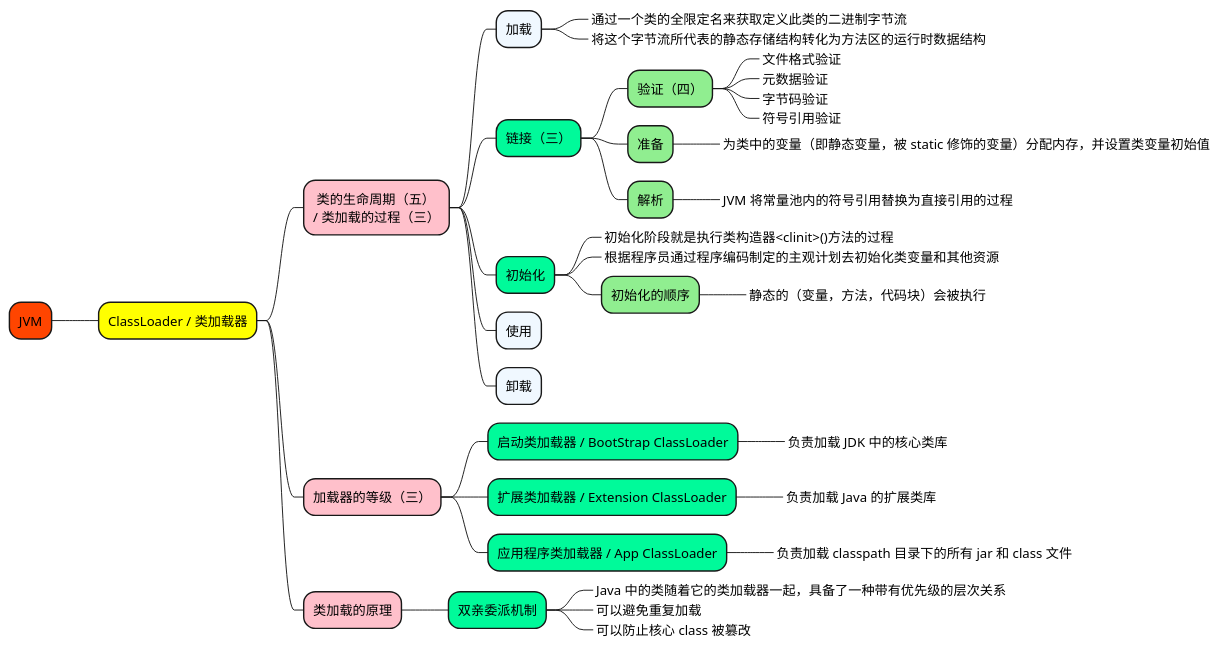
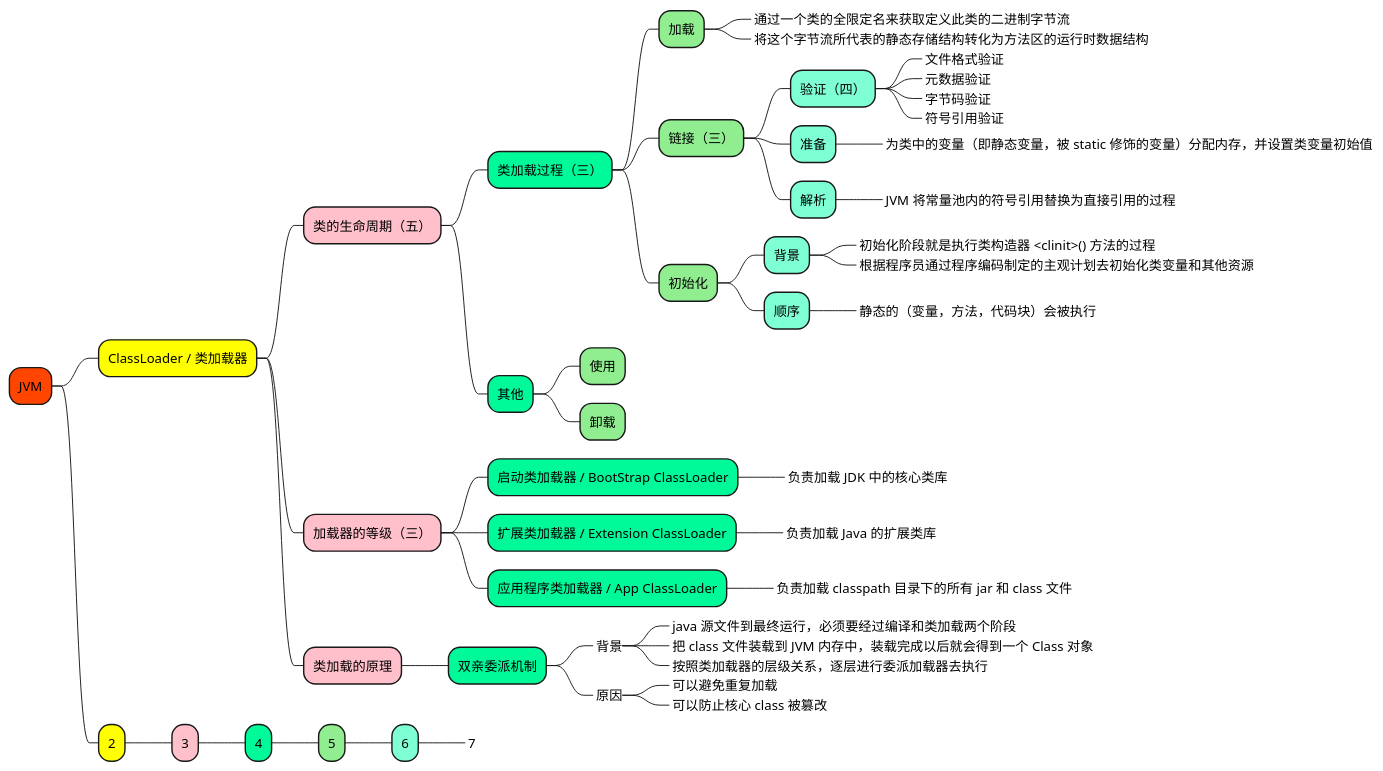
Before and after one commit to doveg/self-cultivation-of-a-software-engineer: the diagram in 1_map/1-java/JVM-类加载器.puml, drawn with PlantUML. The commit also changed 26 other files, not shown here.

```diff
--- a/1_map/1-java/JVM-类加载器.puml
+++ b/1_map/1-java/JVM-类加载器.puml
@@ -1,52 +1,75 @@
 @startmindmap
 
 +[#OrangeRed] JVM
 
 ++[#yellow] ClassLoader / 类加载器
 
-***[#Pink]: 类的生命周期（五）
-/ 类加载的过程（三）;
-++++[#AliceBlue] 加载
-+++++[#Aquamarine]_ 通过一个类的全限定名来获取定义此类的二进制字节流
-+++++[#Aquamarine]_ 将这个字节流所代表的静态存储结构转化为方法区的运行时数据结构
++++[#Pink] 类的生命周期（五）
 
-++++[#MediumSpringGreen] 链接（三）
-+++++[#LightGreen] 验证（四）
-++++++[#Aquamarine]_ 文件格式验证
-++++++[#Aquamarine]_ 元数据验证
-++++++[#Aquamarine]_ 字节码验证
-++++++[#Aquamarine]_ 符号引用验证
+++++[#MediumSpringGreen] 类加载过程（三）
 
-+++++[#LightGreen] 准备
-++++++[#Aquamarine]_ 为类中的变量（即静态变量，被 static 修饰的变量）分配内存，并设置类变量初始值
++++++[#LightGreen] 加载
 
-+++++[#LightGreen] 解析
-++++++[#Aquamarine]_ JVM 将常量池内的符号引用替换为直接引用的过程
+++++++[#Aquamarine]_ 通过一个类的全限定名来获取定义此类的二进制字节流
+++++++[#Aquamarine]_ 将这个字节流所代表的静态存储结构转化为方法区的运行时数据结构
 
-++++[#MediumSpringGreen] 初始化
-+++++[#Aquamarine]_ 初始化阶段就是执行类构造器<clinit>()方法的过程
-+++++[#Aquamarine]_ 根据程序员通过程序编码制定的主观计划去初始化类变量和其他资源
-+++++[#LightGreen] 初始化的顺序
-++++++[#Aquamarine]_ 静态的（变量，方法，代码块）会被执行
++++++[#LightGreen] 链接（三）
 
-++++[#AliceBlue] 使用
-++++[#AliceBlue] 卸载
+++++++[#Aquamarine] 验证（四）
++++++++[#Aquamarine]_ 文件格式验证
++++++++[#Aquamarine]_ 元数据验证
++++++++[#Aquamarine]_ 字节码验证
++++++++[#Aquamarine]_ 符号引用验证
+
+++++++[#Aquamarine] 准备
++++++++[#Aquamarine]_ 为类中的变量（即静态变量，被 static 修饰的变量）分配内存，并设置类变量初始值
+
+++++++[#Aquamarine] 解析
++++++++[#Aquamarine]_ JVM 将常量池内的符号引用替换为直接引用的过程
+
++++++[#LightGreen] 初始化
+++++++[#Aquamarine] 背景
++++++++[#Aquamarine]_ 初始化阶段就是执行类构造器 <clinit>() 方法的过程
++++++++[#Aquamarine]_ 根据程序员通过程序编码制定的主观计划去初始化类变量和其他资源
+++++++[#Aquamarine] 顺序
++++++++[#Aquamarine]_ 静态的（变量，方法，代码块）会被执行
+
+++++[#MediumSpringGreen] 其他
++++++[#LightGreen] 使用
++++++[#LightGreen] 卸载
 
 
 +++[#Pink]  加载器的等级（三）
 ++++[#MediumSpringGreen] 启动类加载器 / BootStrap ClassLoader
 +++++[#AliceBlue]_ 负责加载 JDK 中的核心类库
 ++++[#MediumSpringGreen] 扩展类加载器 / Extension ClassLoader
 +++++[#AliceBlue]_ 负责加载 Java 的扩展类库
 ++++[#MediumSpringGreen] 应用程序类加载器 / App ClassLoader
 +++++[#AliceBlue]_ 负责加载 classpath 目录下的所有 jar 和 class 文件
 
 
 +++[#Pink]  类加载的原理
 ++++[#MediumSpringGreen] 双亲委派机制
-+++++[#AliceBlue]_ Java 中的类随着它的类加载器一起，具备了一种带有优先级的层次关系
-+++++[#AliceBlue]_ 可以避免重复加载
-+++++[#AliceBlue]_ 可以防止核心 class 被篡改
++++++[#AliceBlue]_ 背景
+++++++[#Aquamarine]_ java 源文件到最终运行，必须要经过编译和类加载两个阶段
+++++++[#Aquamarine]_ 把 class 文件装载到 JVM 内存中，装载完成以后就会得到一个 Class 对象
+++++++[#Aquamarine]_ 按照类加载器的层级关系，逐层进行委派加载器去执行
++++++[#AliceBlue]_ 原因
+++++++[#Aquamarine]_ 可以避免重复加载
+++++++[#Aquamarine]_ 可以防止核心 class 被篡改
+
+
+
+++[#yellow] 2
+
++++[#Pink] 3
+
+++++[#MediumSpringGreen] 4
++++++[#LightGreen] 5
+++++++[#Aquamarine] 6
++++++++[#Aquamarine]_ 7
+
+
 
 
 @endmindmap
```
